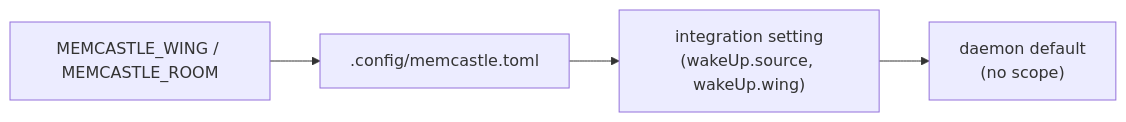
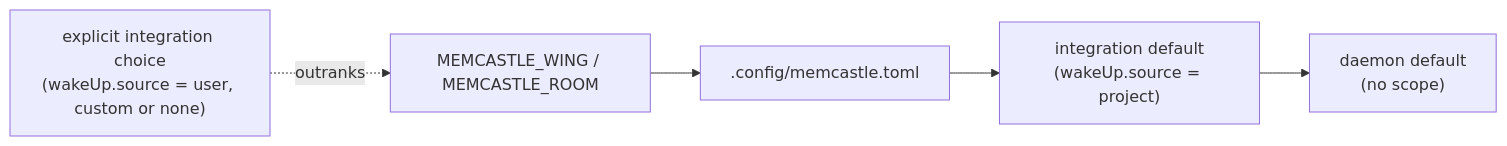
The diagram in docs/project-config.md (noirbizarre/memcastle), drawn with Mermaid before and after one commit. The commit also changed other lines of this file and 1 other file, not shown here.

Commit message:
docs(project-config): an explicit wake-up source outranks the project file

````diff
--- a/docs/project-config.md
+++ b/docs/project-config.md
@@ -71,6 +72,7 @@
 ```mermaid
 flowchart LR
+    explicit["explicit integration choice<br/>(wakeUp.source = user, custom or none)"] -.->|outranks| env
     env["MEMCASTLE_WING / MEMCASTLE_ROOM"] --> file[".config/memcastle.toml"]
-    file --> client["integration setting<br/>(wakeUp.source, wakeUp.wing)"]
+    file --> client["integration default<br/>(wakeUp.source = project)"]
     client --> daemon["daemon default<br/>(no scope)"]
 ```
````
